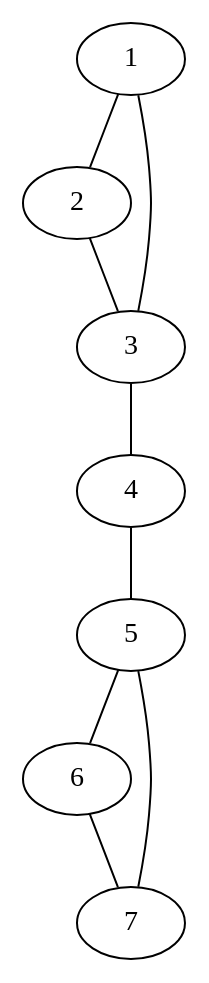
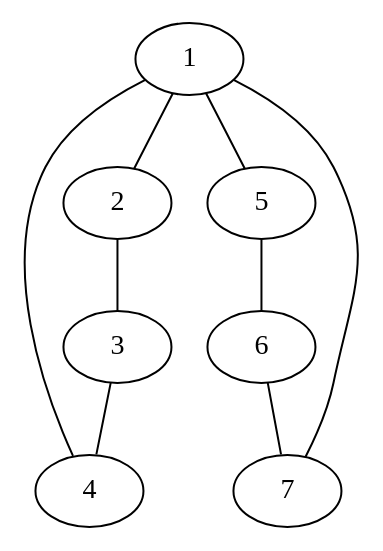
The diagram in 3-Codigo/entrada/grafo4.dot (richardheise/TCC), drawn with Graphviz before and after one commit. The commit also changed 3 other files, not shown here.

```diff
--- a/3-Codigo/entrada/grafo4.dot
+++ b/3-Codigo/entrada/grafo4.dot
@@ -1,10 +1,10 @@
 graph grafo4 {
     1 -- 2
     2 -- 3
-    3 -- 1
     3 -- 4
-    4 -- 5
+    4 -- 1
+    1 -- 5
     5 -- 6
     6 -- 7
-    7 -- 5
+    7 -- 1
 }
```
